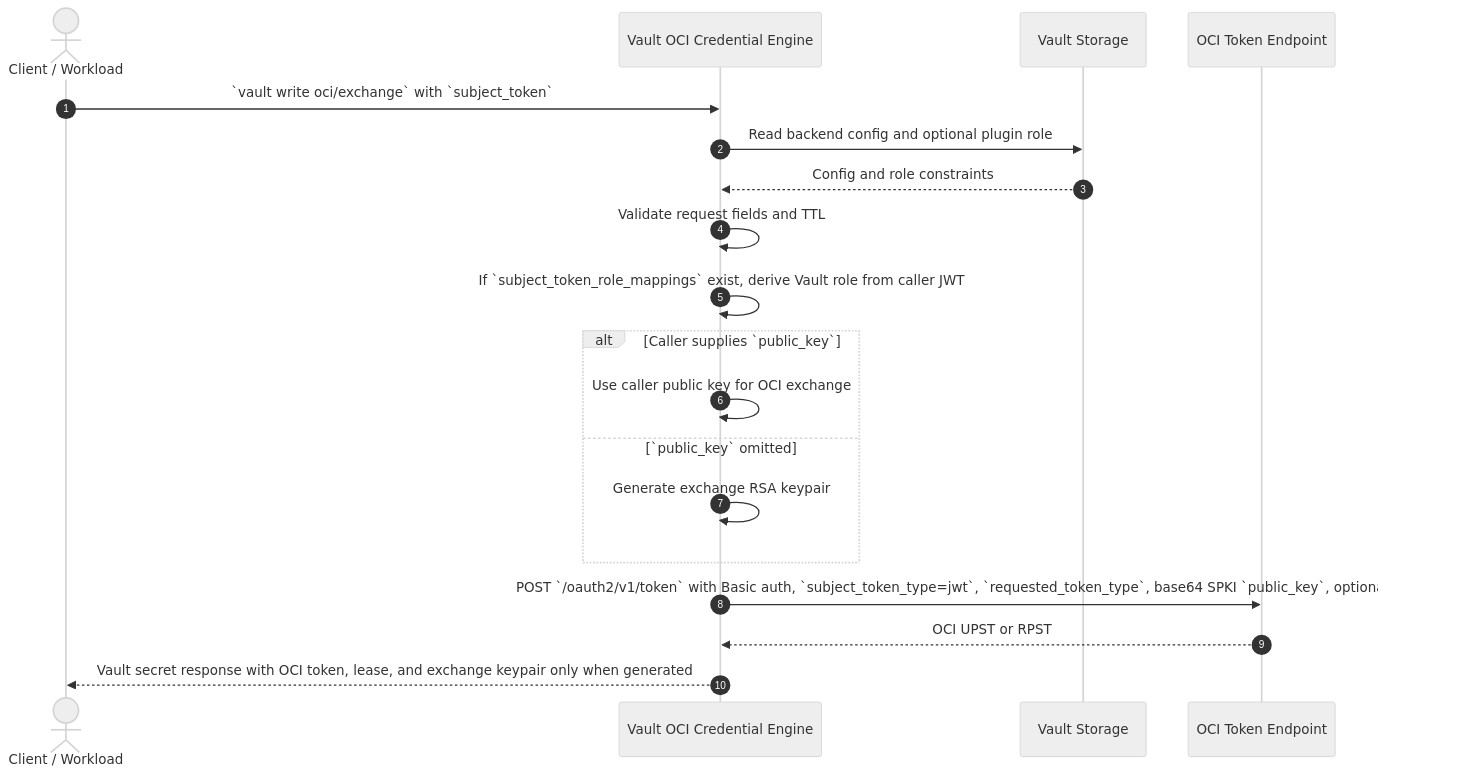
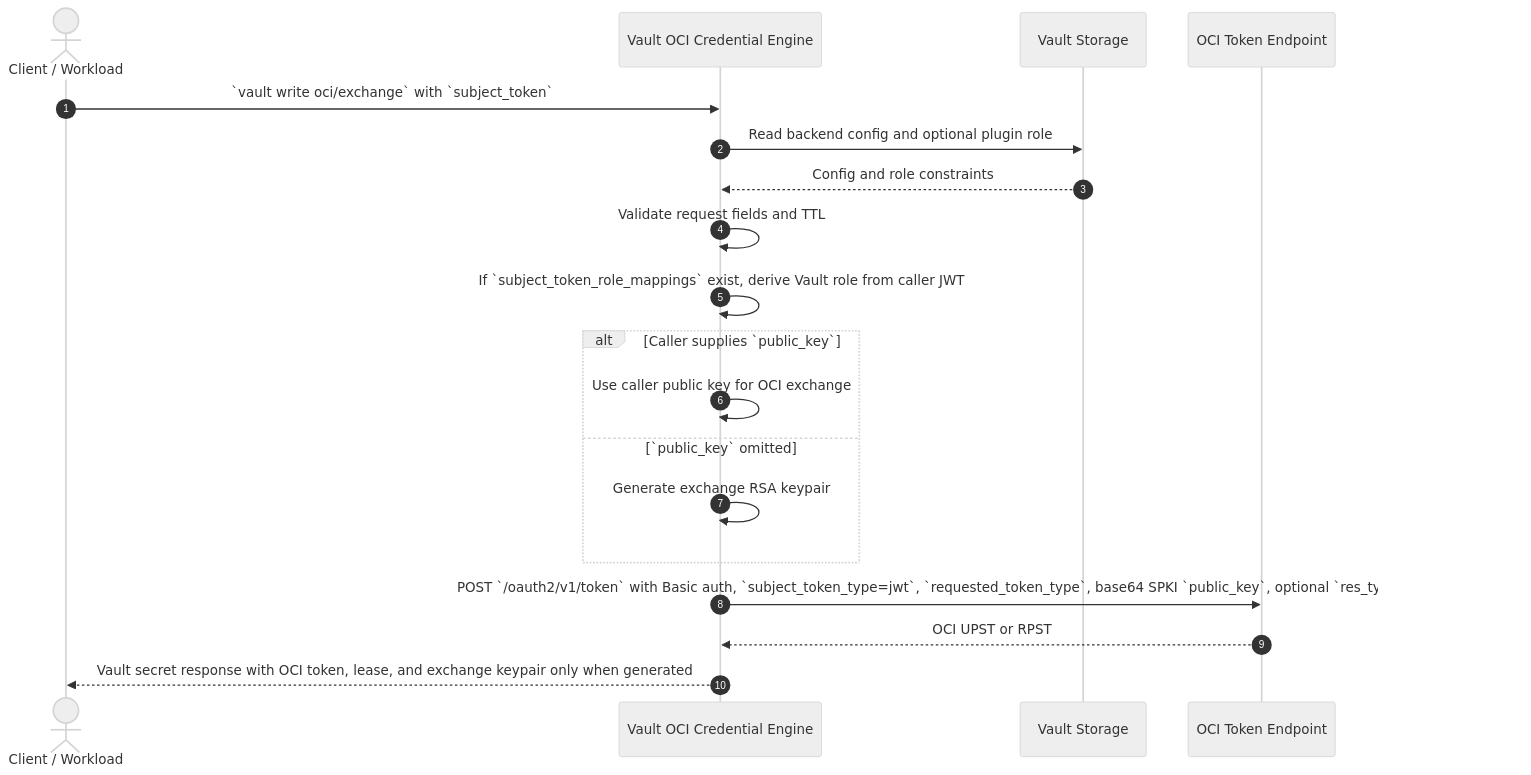
The first of 4 diagrams in README.md (gtrevorrow/Hashicorp-OCI-credential-engine), drawn with Mermaid (neutral theme) before and after one commit. The commit also changed other lines of this file and 9 other files, not shown here.

Commit message:
feat(rpst): send rpst_exp to OCI

````diff
--- a/README.md
+++ b/README.md
@@ -24,22 +24,22 @@
 ```mermaid
 sequenceDiagram
     autonumber
     actor C as Client / Workload
     participant V as Vault OCI Credential Engine
     participant S as Vault Storage
     participant O as OCI Token Endpoint
 
     C->>V: `vault write oci/exchange` with `subject_token`
     V->>S: Read backend config and optional plugin role
     S-->>V: Config and role constraints
     V->>V: Validate request fields and TTL
     V->>V: If `subject_token_role_mappings` exist, derive Vault role from caller JWT
     alt Caller supplies `public_key`
         V->>V: Use caller public key for OCI exchange
     else `public_key` omitted
         V->>V: Generate exchange RSA keypair
     end
-    V->>O: POST `/oauth2/v1/token` with Basic auth, `subject_token_type=jwt`, `requested_token_type`, base64 SPKI `public_key`, optional `res_type`
+    V->>O: POST `/oauth2/v1/token` with Basic auth, `subject_token_type=jwt`, `requested_token_type`, base64 SPKI `public_key`, optional `res_type`, RPST `rpst_exp`
     O-->>V: OCI UPST or RPST
     V-->>C: Vault secret response with OCI token, lease, and exchange keypair only when generated
 ```
````
